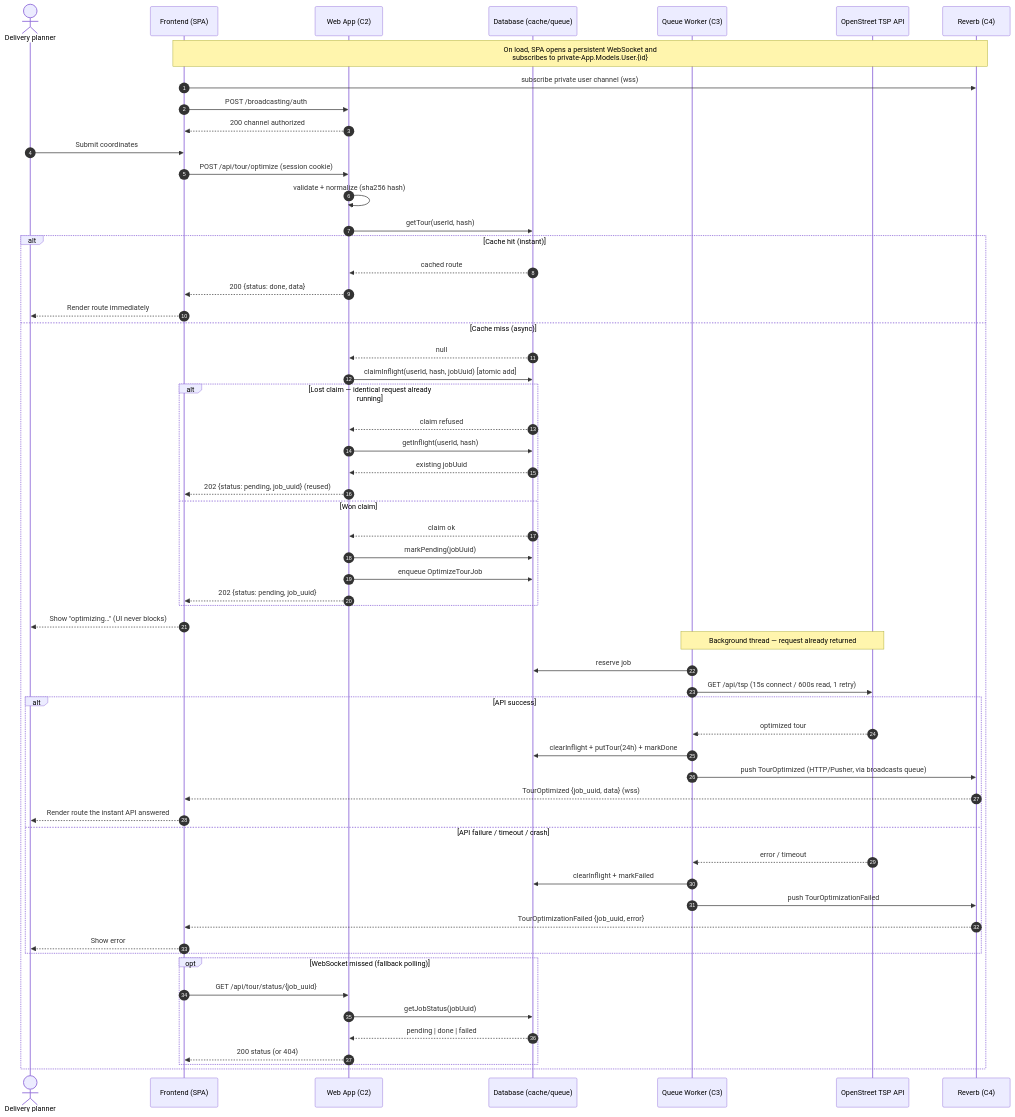
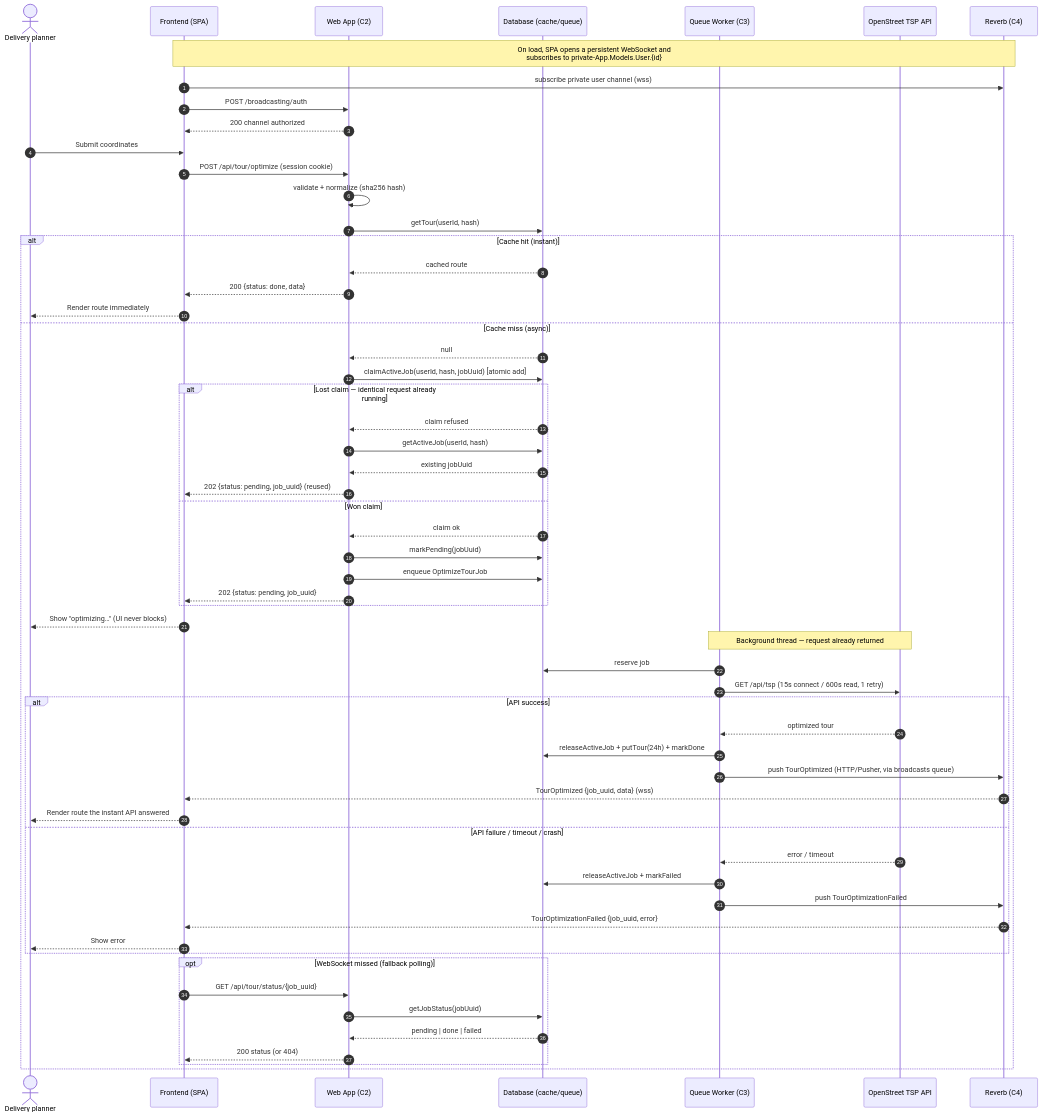
Before and after one commit to Bruoche/optistock: the diagram in specs/001-delivery-route-optimization/_seq.mmd, drawn with Mermaid. The commit also changed 5 other files, not shown here.

Commit message:
Renaming "inflight" by clearer "active_job"

```diff
--- a/specs/001-delivery-route-optimization/_seq.mmd
+++ b/specs/001-delivery-route-optimization/_seq.mmd
@@ -1,65 +1,65 @@
 sequenceDiagram
     autonumber
     actor U as Delivery planner
     participant F as Frontend (SPA)
     participant W as Web App (C2)
     participant DB as Database (cache/queue)
     participant Q as Queue Worker (C3)
     participant API as OpenStreet TSP API
     participant WS as Reverb (C4)
 
     Note over F,WS: On load, SPA opens a persistent WebSocket and<br/>subscribes to private-App.Models.User.{id}
     F->>WS: subscribe private user channel (wss)
     F->>W: POST /broadcasting/auth
     W-->>F: 200 channel authorized
 
     U->>F: Submit coordinates
     F->>W: POST /api/tour/optimize (session cookie)
     W->>W: validate + normalize (sha256 hash)
     W->>DB: getTour(userId, hash)
 
     alt Cache hit (instant)
         DB-->>W: cached route
         W-->>F: 200 {status: done, data}
         F-->>U: Render route immediately
     else Cache miss (async)
         DB-->>W: null
-        W->>DB: claimInflight(userId, hash, jobUuid) [atomic add]
+        W->>DB: claimActiveJob(userId, hash, jobUuid) [atomic add]
         alt Lost claim — identical request already running
             DB-->>W: claim refused
-            W->>DB: getInflight(userId, hash)
+            W->>DB: getActiveJob(userId, hash)
             DB-->>W: existing jobUuid
             W-->>F: 202 {status: pending, job_uuid} (reused)
         else Won claim
             DB-->>W: claim ok
             W->>DB: markPending(jobUuid)
             W->>DB: enqueue OptimizeTourJob
             W-->>F: 202 {status: pending, job_uuid}
         end
         F-->>U: Show "optimizing…" (UI never blocks)
 
         Note over Q,API: Background thread — request already returned
         Q->>DB: reserve job
         Q->>API: GET /api/tsp (15s connect / 600s read, 1 retry)
 
         alt API success
             API-->>Q: optimized tour
-            Q->>DB: clearInflight + putTour(24h) + markDone
+            Q->>DB: releaseActiveJob + putTour(24h) + markDone
             Q->>WS: push TourOptimized (HTTP/Pusher, via broadcasts queue)
             WS-->>F: TourOptimized {job_uuid, data} (wss)
             F-->>U: Render route the instant API answered
         else API failure / timeout / crash
             API-->>Q: error / timeout
-            Q->>DB: clearInflight + markFailed
+            Q->>DB: releaseActiveJob + markFailed
             Q->>WS: push TourOptimizationFailed
             WS-->>F: TourOptimizationFailed {job_uuid, error}
             F-->>U: Show error
         end
 
         opt WebSocket missed (fallback polling)
             F->>W: GET /api/tour/status/{job_uuid}
             W->>DB: getJobStatus(jobUuid)
             DB-->>W: pending | done | failed
             W-->>F: 200 status (or 404)
         end
     end
```
